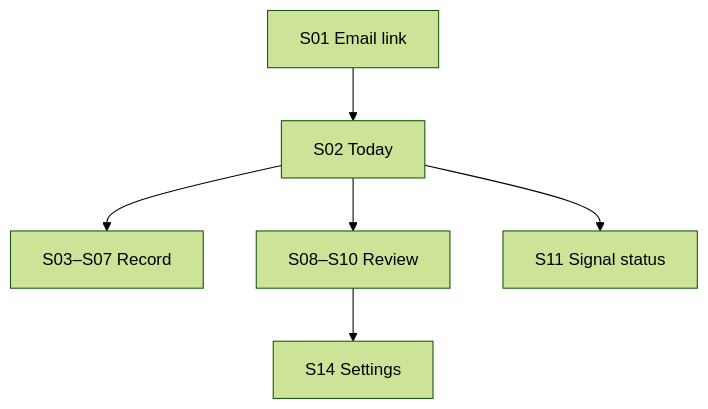
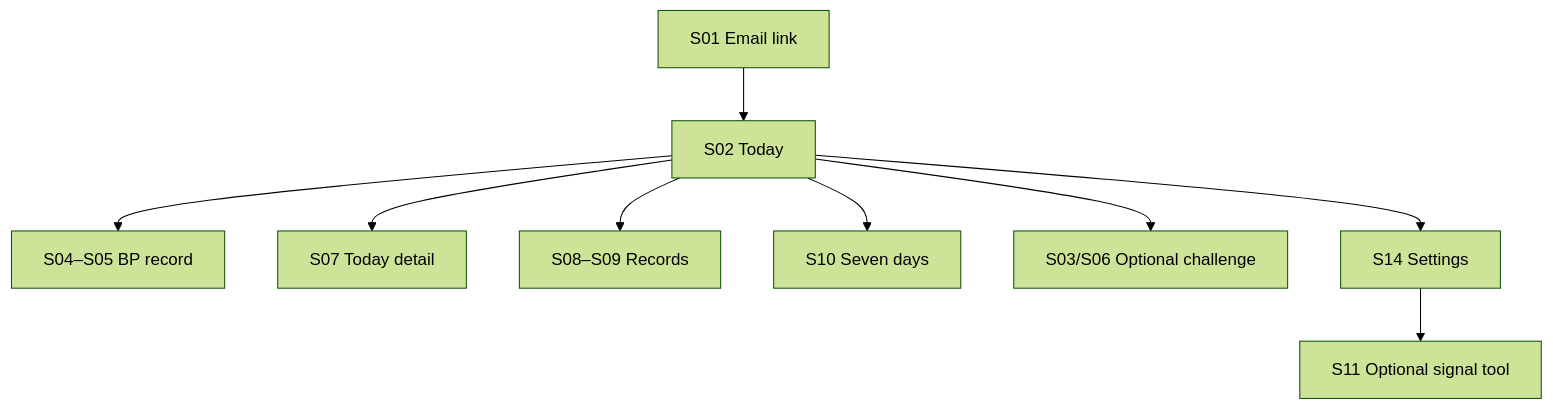
The first of 2 diagrams in docs/ux-flow.md (AI-HealthCare-05/AH_05_07), drawn with Mermaid (forest theme) before and after one commit. The commit also changed other lines of this file and 13 other files, not shown here.

````diff
--- a/docs/ux-flow.md
+++ b/docs/ux-flow.md
@@ -5,8 +5,11 @@
 ```mermaid
 flowchart TD
     A["S01 Email link"] --> B["S02 Today"]
-    B --> C["S03–S07 Record"]
-    B --> D["S08–S10 Review"]
-    B --> E["S11 Signal status"]
-    D --> F["S14 Settings"]
+    B --> C["S04–S05 BP record"]
+    B --> D["S07 Today detail"]
+    B --> E["S08–S09 Records"]
+    B --> F["S10 Seven days"]
+    B --> G["S03/S06 Optional challenge"]
+    B --> H["S14 Settings"]
+    H --> I["S11 Optional signal tool"]
 ```
````
